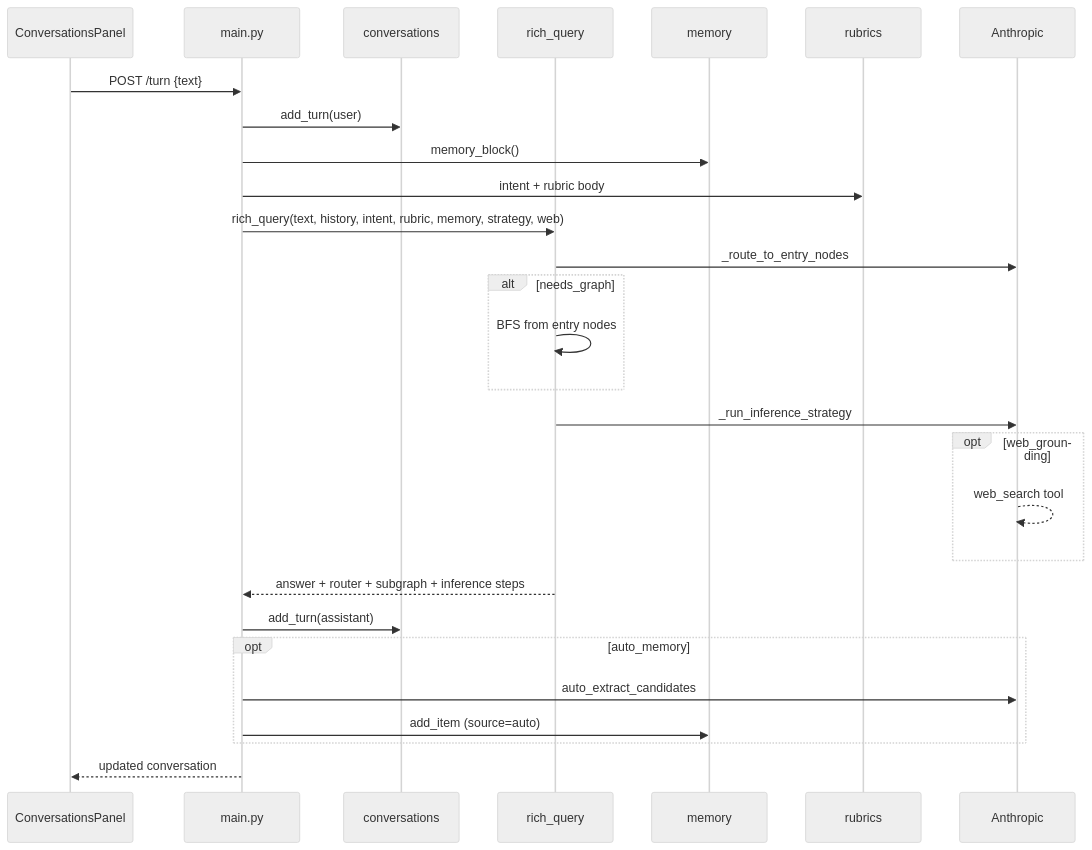
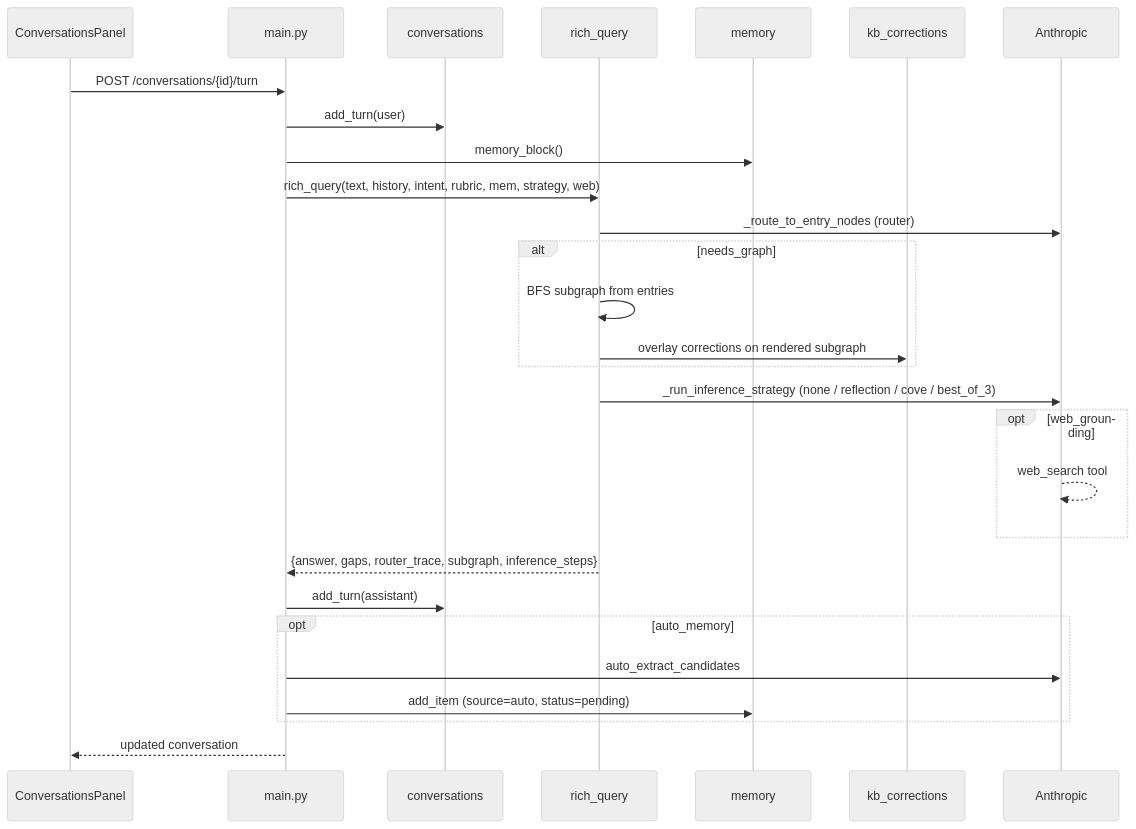
One commit to appfire-team/inno-brain changed the sixth of 6 diagrams in ARCHITECTURE.md. Above: the diagram before and after it, drawn with Mermaid (neutral theme). The commit also changed other lines of this file and 3 other files, not shown here.

First line of the commit message:
docs: refresh README + ARCHITECTURE; fix stale app/ paths

````diff
--- a/ARCHITECTURE.md
+++ b/ARCHITECTURE.md
@@ -323,31 +427,31 @@
 ```mermaid
 sequenceDiagram
     participant UI as ConversationsPanel
     participant API as main.py
     participant Conv as conversations
     participant RQ as rich_query
     participant Mem as memory
-    participant Rub as rubrics
+    participant KBC as kb_corrections
     participant Claude as Anthropic
 
-    UI->>API: POST /turn {text}
+    UI->>API: POST /conversations/{id}/turn
     API->>Conv: add_turn(user)
     API->>Mem: memory_block()
-    API->>Rub: intent + rubric body
-    API->>RQ: rich_query(text, history, intent, rubric, memory, strategy, web)
-    RQ->>Claude: _route_to_entry_nodes
+    API->>RQ: rich_query(text, history, intent, rubric, mem, strategy, web)
+    RQ->>Claude: _route_to_entry_nodes (router)
     alt needs_graph
-        RQ->>RQ: BFS from entry nodes
+        RQ->>RQ: BFS subgraph from entries
+        RQ->>KBC: overlay corrections on rendered subgraph
     end
-    RQ->>Claude: _run_inference_strategy
+    RQ->>Claude: _run_inference_strategy (none / reflection / cove / best_of_3)
     opt web_grounding
         Claude-->>Claude: web_search tool
     end
-    RQ-->>API: answer + router + subgraph + inference steps
+    RQ-->>API: {answer, gaps, router_trace, subgraph, inference_steps}
     API->>Conv: add_turn(assistant)
     opt auto_memory
         API->>Claude: auto_extract_candidates
-        API->>Mem: add_item (source=auto)
+        API->>Mem: add_item (source=auto, status=pending)
     end
     API-->>UI: updated conversation
 ```
````
